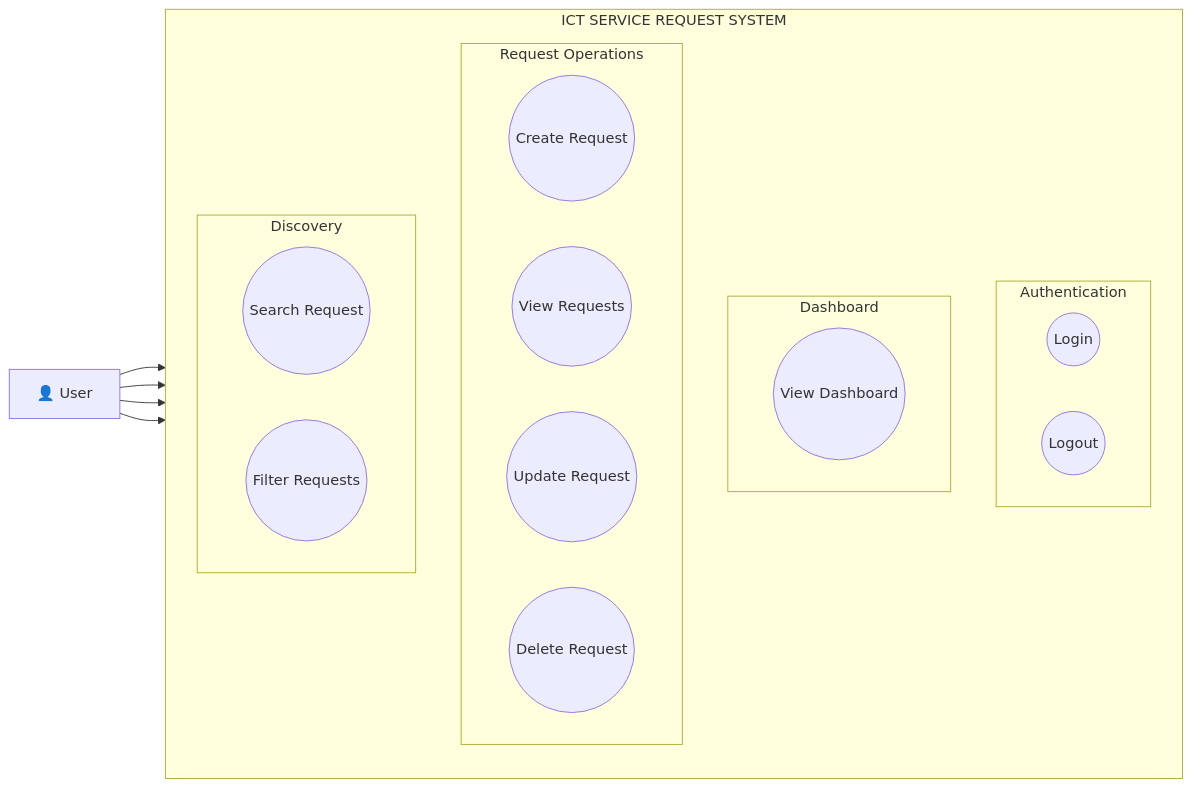
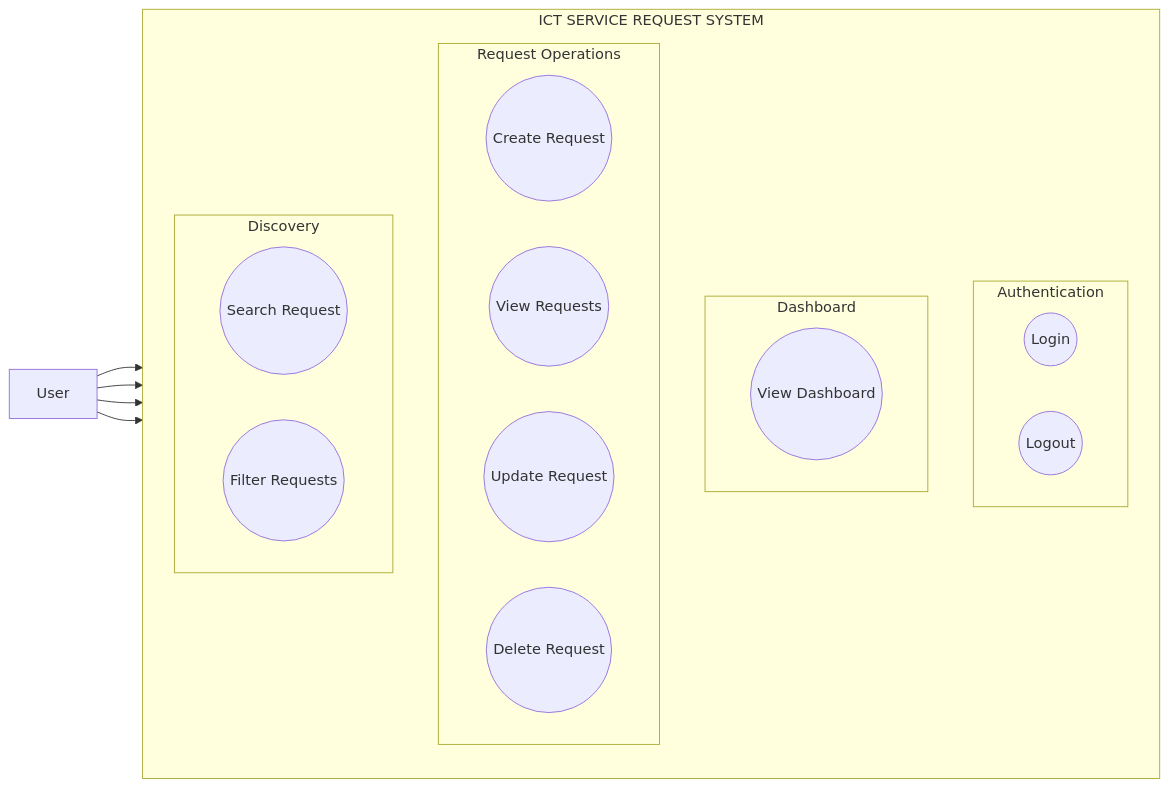
One commit to drixjohn2856-bit/SAD_Service_Request_Bebis changed the first of 2 diagrams in documentation/system-analysis.md. Above: the diagram before and after it, drawn with Mermaid. The commit also changed 5 other files, not shown here.

````diff
--- a/documentation/system-analysis.md
+++ b/documentation/system-analysis.md
@@ -21,34 +21,34 @@
 ```mermaid
 flowchart LR
-    User[👤 User]
+    User[ User]
 
     subgraph System ["ICT SERVICE REQUEST SYSTEM"]
         direction TB
         
         subgraph Auth ["Authentication"]
             Login((Login))
             Logout((Logout))
         end
 
         subgraph Portal ["Dashboard"]
             Dashboard((View Dashboard))
         end
 
         subgraph Management ["Request Operations"]
             Create((Create Request))
             View((View Requests))
             Update((Update Request))
             Delete((Delete Request))
         end
 
         subgraph SearchFilter ["Discovery"]
             Search((Search Request))
             Filter((Filter Requests))
         end
     end
 
     User --> Auth
     User --> Portal
     User --> Management
     User --> SearchFilter
 ```
````
